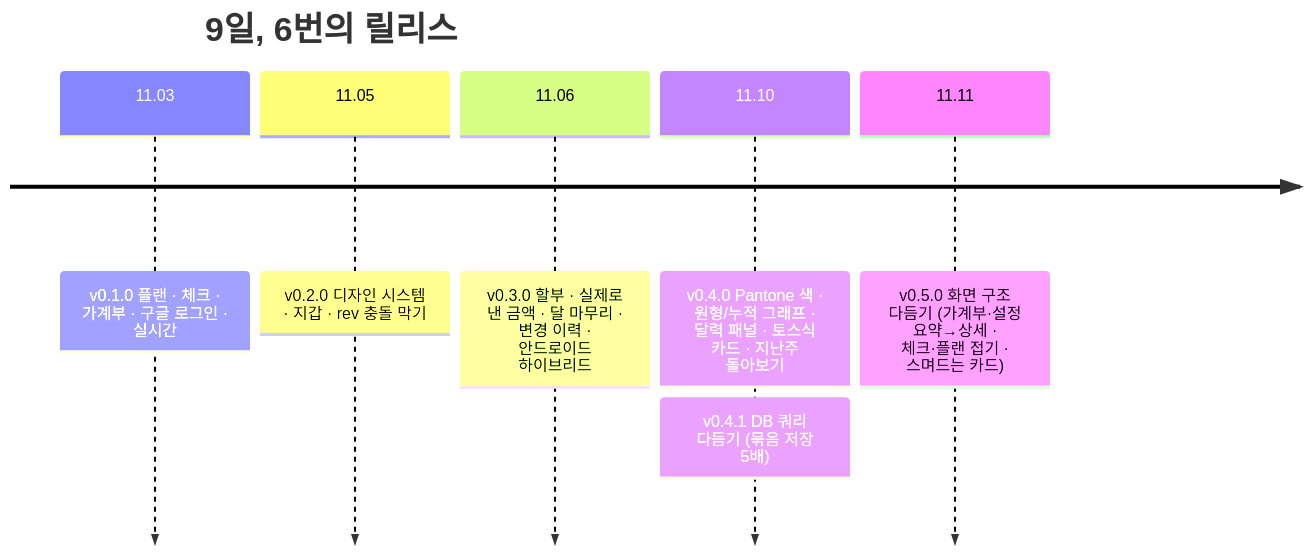
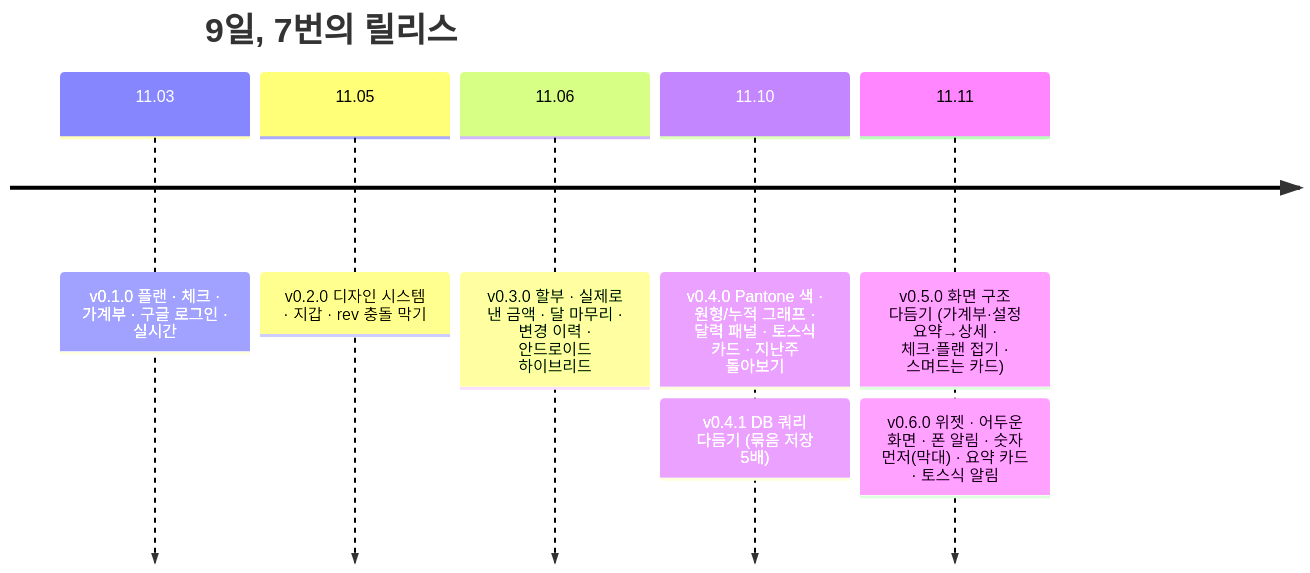
Before and after one commit to jojaden/our-money: the fifth of 5 diagrams in README.md, drawn with Mermaid. The commit also changed other lines of this file and 5 other files, not shown here.

First line of the commit message:
v0.6.0 — 위젯·어두운 화면·폰 알림·숫자 먼저·요약 카드·토스식 알림

````diff
--- a/README.md
+++ b/README.md
@@ -146,10 +146,11 @@
 ```mermaid
 timeline
-  title 9일, 6번의 릴리스
+  title 9일, 7번의 릴리스
   11.03 : v0.1.0 플랜 · 체크 · 가계부 · 구글 로그인 · 실시간
   11.05 : v0.2.0 디자인 시스템 · 지갑 · rev 충돌 막기
   11.06 : v0.3.0 할부 · 실제로 낸 금액 · 달 마무리 · 변경 이력 · 안드로이드 하이브리드
   11.10 : v0.4.0 Pantone 색 · 원형/누적 그래프 · 달력 패널 · 토스식 카드 · 지난주 돌아보기
         : v0.4.1 DB 쿼리 다듬기 (묶음 저장 5배)
   11.11 : v0.5.0 화면 구조 다듬기 (가계부·설정 요약→상세 · 체크·플랜 접기 · 스며드는 카드)
+        : v0.6.0 위젯 · 어두운 화면 · 폰 알림 · 숫자 먼저(막대) · 요약 카드 · 토스식 알림
 ```
````
